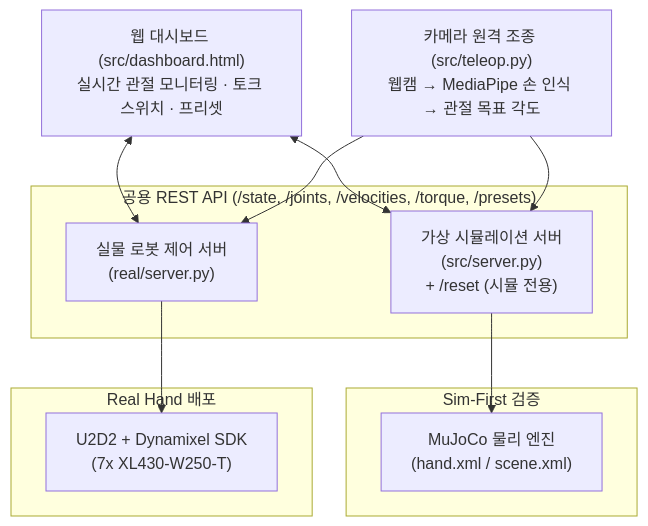
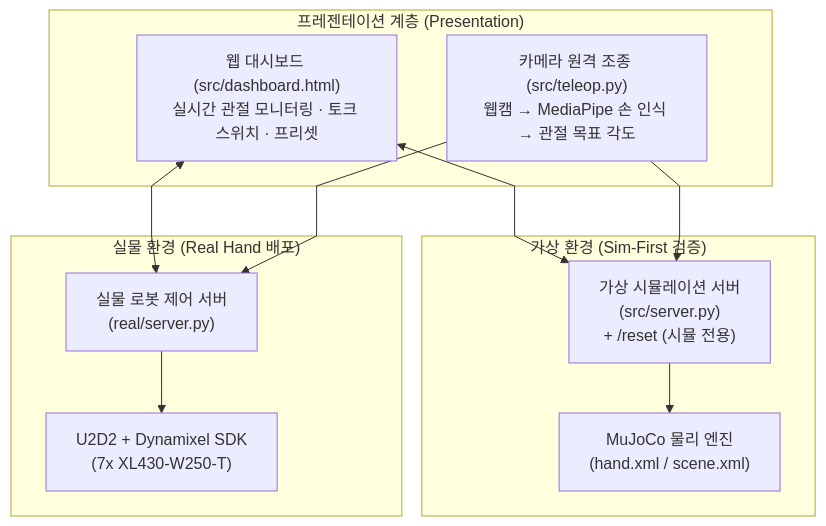
One commit to ajin-robot-hand/tri_hand changed the diagram in README.md. Above: the diagram before and after it, drawn with Mermaid. The commit also changed other lines of this file and 9 other files, not shown here.

First line of the commit message:
feat(docs): update README architecture and add presets support

````diff
--- a/README.md
+++ b/README.md
@@ -17,24 +17,25 @@
 ```mermaid
-graph TD
-    UI["웹 대시보드 (src/dashboard.html)<br/>실시간 관절 모니터링 · 토크 스위치 · 프리셋"]
-
-    subgraph Shared_API ["공용 REST API (/state, /joints, /velocities, /torque, /presets)"]
-        ServerSim["가상 시뮬레이션 서버<br/>(src/server.py)<br/>+ /reset (시뮬 전용)"]
-        ServerReal["실물 로봇 제어 서버<br/>(real/server.py)"]
+%%{init: {'flowchart': {'curve': 'linear'}}}%%
+flowchart TD
+    subgraph Clients ["프레젠테이션 계층 (Presentation)"]
+        UI["웹 대시보드 (src/dashboard.html)<br/>실시간 관절 모니터링 · 토크 스위치 · 프리셋"]
+        Cam["카메라 원격 조종 (src/teleop.py)<br/>웹캠 → MediaPipe 손 인식 → 관절 목표 각도"]
     end
 
-    Cam["카메라 원격 조종 (src/teleop.py)<br/>웹캠 → MediaPipe 손 인식 → 관절 목표 각도"]
+    subgraph Simulation_Side ["가상 환경 (Sim-First 검증)"]
+        ServerSim["가상 시뮬레이션 서버<br/>(src/server.py)<br/>+ /reset (시뮬 전용)"]
+        MuJoCo["MuJoCo 물리 엔진<br/>(hand.xml / scene.xml)"]
+        ServerSim --> MuJoCo
+    end
+
+    subgraph Hardware_Side ["실물 환경 (Real Hand 배포)"]
+        ServerReal["실물 로봇 제어 서버<br/>(real/server.py)"]
+        DXL["U2D2 + Dynamixel SDK<br/>(7x XL430-W250-T)"]
+        ServerReal --> DXL
+    end
 
     UI <--> ServerSim
     UI <--> ServerReal
     Cam --> ServerSim
     Cam --> ServerReal
-
-    subgraph Simulation_Side ["Sim-First 검증"]
-        ServerSim --> MuJoCo["MuJoCo 물리 엔진<br/>(hand.xml / scene.xml)"]
-    end
-
-    subgraph Hardware_Side ["Real Hand 배포"]
-        ServerReal --> DXL["U2D2 + Dynamixel SDK<br/>(7x XL430-W250-T)"]
-    end
 ```
````
